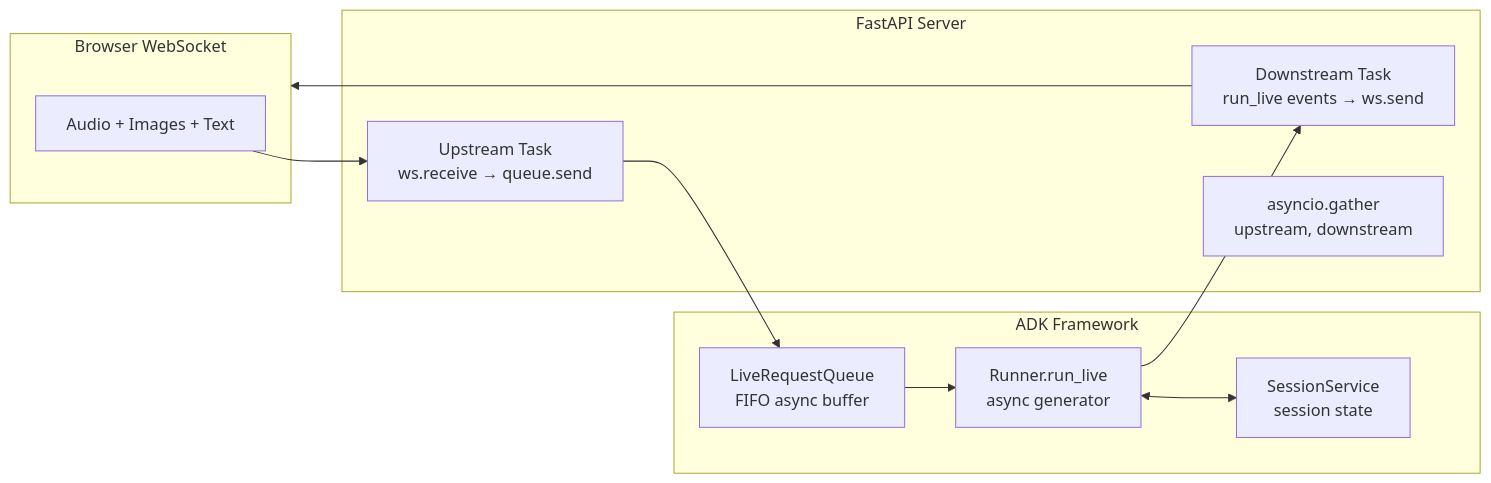
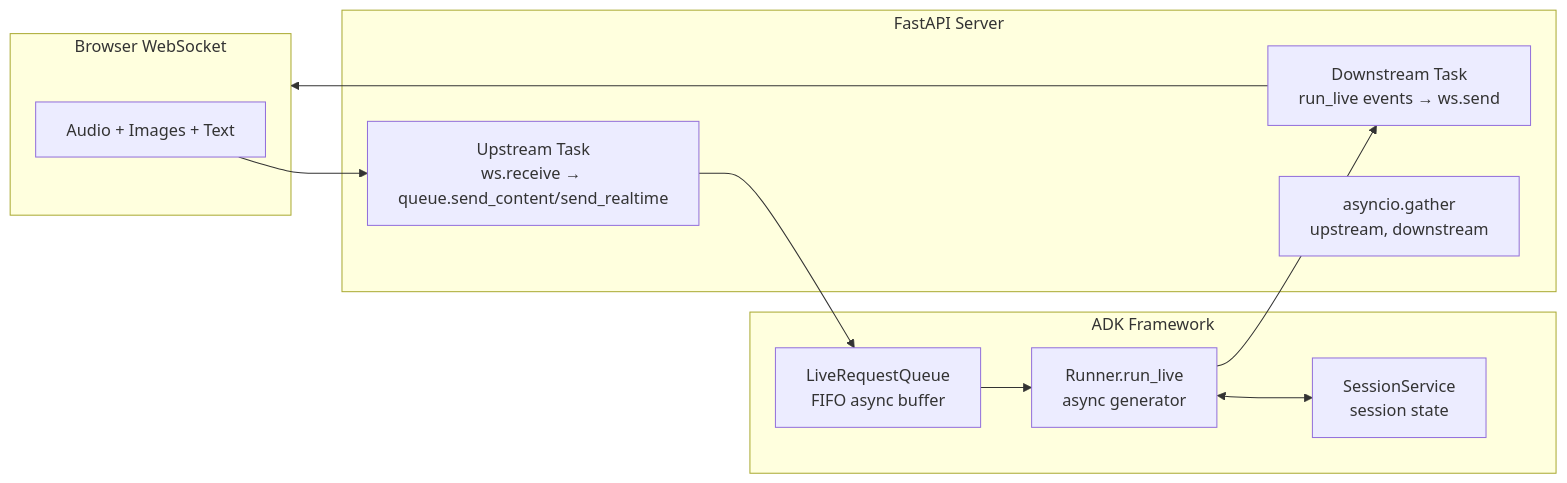
The third of 4 diagrams in docs/design.md (vigneshbarani24/resolve-vigil), drawn with Mermaid before and after one commit. The commit also changed other lines of this file and 5 other files, not shown here.

````diff
--- a/docs/design.md
+++ b/docs/design.md
@@ -89,25 +101,25 @@
 ```mermaid
 graph LR
     subgraph Client["Browser WebSocket"]
         INPUT[Audio + Images + Text]
     end
 
     subgraph Server["FastAPI Server"]
-        UP[Upstream Task<br/>ws.receive → queue.send]
+        UP[Upstream Task<br/>ws.receive → queue.send_content/send_realtime]
         DOWN[Downstream Task<br/>run_live events → ws.send]
         GATHER[asyncio.gather<br/>upstream, downstream]
     end
 
     subgraph ADK["ADK Framework"]
         LRQ2[LiveRequestQueue<br/>FIFO async buffer]
         RUNNER2[Runner.run_live<br/>async generator]
         SESS[SessionService<br/>session state]
     end
 
     INPUT --> UP
     UP --> LRQ2
     LRQ2 --> RUNNER2
     RUNNER2 --> DOWN
     DOWN --> Client
     RUNNER2 <--> SESS
 ```
````
